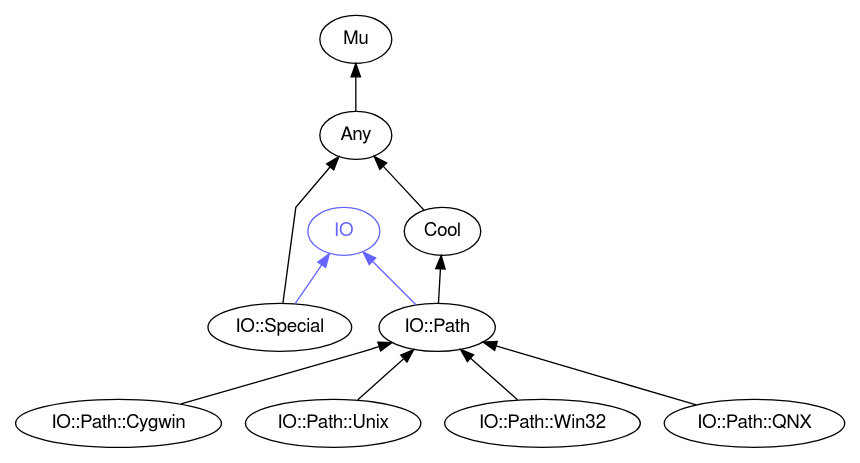
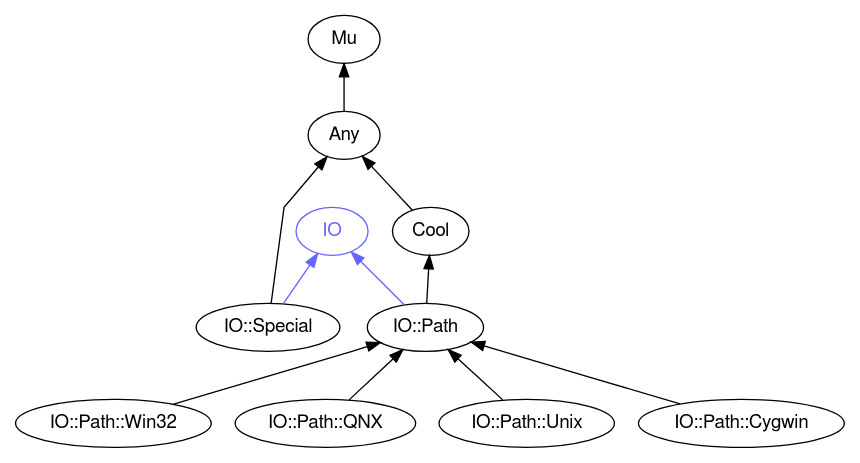
One commit to perl6docs/perl6docs.github.io changed the diagram in images/type-graph-IO.svg.dot. Above: the diagram before and after it, drawn with Graphviz. The commit also changed other lines of this file and 4398 other files, not shown here.

```diff
--- a/images/type-graph-IO.svg.dot
+++ b/images/type-graph-IO.svg.dot
@@ -1,30 +1,30 @@
 digraph "perl6-type-graph" {
     rankdir=BT;
     splines=polyline;
     overlap=false; 
     // Types
     "IO" [color="#6666FF", fontcolor="#6666FF", href="/type/IO", fontname="FreeSans"];
     "Mu" [color="#000000", fontcolor="#000000", href="/type/Mu", fontname="FreeSans"];
     "Any" [color="#000000", fontcolor="#000000", href="/type/Any", fontname="FreeSans"];
     "IO::Special" [color="#000000", fontcolor="#000000", href="/type/IO::Special", fontname="FreeSans"];
     "Cool" [color="#000000", fontcolor="#000000", href="/type/Cool", fontname="FreeSans"];
     "IO::Path" [color="#000000", fontcolor="#000000", href="/type/IO::Path", fontname="FreeSans"];
-    "IO::Path::Cygwin" [color="#000000", fontcolor="#000000", href="/type/IO::Path::Cygwin", fontname="FreeSans"];
-    "IO::Path::Unix" [color="#000000", fontcolor="#000000", href="/type/IO::Path::Unix", fontname="FreeSans"];
     "IO::Path::Win32" [color="#000000", fontcolor="#000000", href="/type/IO::Path::Win32", fontname="FreeSans"];
     "IO::Path::QNX" [color="#000000", fontcolor="#000000", href="/type/IO::Path::QNX", fontname="FreeSans"];
+    "IO::Path::Unix" [color="#000000", fontcolor="#000000", href="/type/IO::Path::Unix", fontname="FreeSans"];
+    "IO::Path::Cygwin" [color="#000000", fontcolor="#000000", href="/type/IO::Path::Cygwin", fontname="FreeSans"];
 
     // Superclasses
     "Any" -> "Mu" [color="#000000"];
     "IO::Special" -> "Any" [color="#000000"];
     "Cool" -> "Any" [color="#000000"];
     "IO::Path" -> "Cool" [color="#000000"];
-    "IO::Path::Cygwin" -> "IO::Path" [color="#000000"];
-    "IO::Path::Unix" -> "IO::Path" [color="#000000"];
     "IO::Path::Win32" -> "IO::Path" [color="#000000"];
     "IO::Path::QNX" -> "IO::Path" [color="#000000"];
+    "IO::Path::Unix" -> "IO::Path" [color="#000000"];
+    "IO::Path::Cygwin" -> "IO::Path" [color="#000000"];
 
     // Roles
     "IO::Special" -> "IO" [color="#6666FF"];
     "IO::Path" -> "IO" [color="#6666FF"];
 }
```
